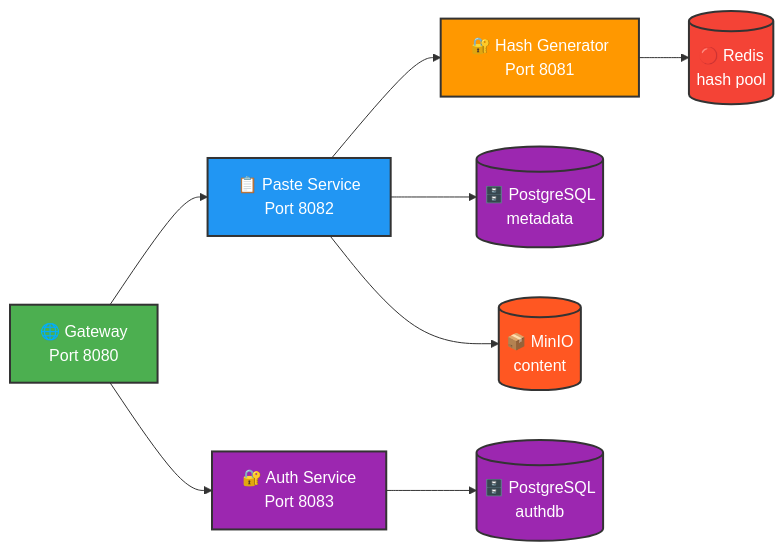
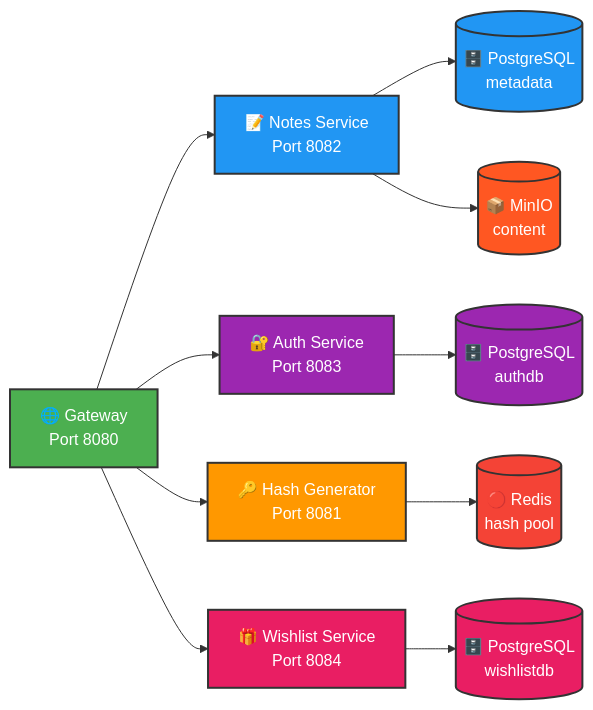
The first of 3 diagrams in README.md (EternalEffy/wishly-platform), drawn with Mermaid before and after one commit. The commit also changed other lines of this file, not shown here.

````diff
--- a/README.md
+++ b/README.md
@@ -16,19 +16,23 @@
 ```mermaid
 graph LR
-    G[🌐 Gateway<br/>Port 8080] --> PS[📋 Paste Service<br/>Port 8082]
+    G[🌐 Gateway<br/>Port 8080] --> NS[📝 Notes Service<br/>Port 8082]
     G --> AS[🔐 Auth Service<br/>Port 8083]
-    PS --> HG[🔐 Hash Generator<br/>Port 8081]
-    PS --> DB[(🗄️ PostgreSQL<br/>metadata)]
-    PS --> MO[(📦 MinIO<br/>content)]
+    G --> HS[🔑 Hash Generator<br/>Port 8081]
+    G --> WS[🎁 Wishlist Service<br/>Port 8084]
+    NS --> DB[(🗄️ PostgreSQL<br/>metadata)]
+    NS --> MO[(📦 MinIO<br/>content)]
     AS --> AUTHDB[(🗄️ PostgreSQL<br/>authdb)]
-    HG --> RD[(🔴 Redis<br/>hash pool)]
+    HS --> RD[(🔴 Redis<br/>hash pool)]
+    WS --> WDB[(🗄️ PostgreSQL<br/>wishlistdb)]
     
     style G fill:#4CAF50,stroke:#333,stroke-width:2px,color:white
-    style PS fill:#2196F3,stroke:#333,stroke-width:2px,color:white
-    style HG fill:#FF9800,stroke:#333,stroke-width:2px,color:white
+    style NS fill:#2196F3,stroke:#333,stroke-width:2px,color:white
+    style HS fill:#FF9800,stroke:#333,stroke-width:2px,color:white
     style AS fill:#9C27B0,stroke:#333,stroke-width:2px,color:white
+    style WS fill:#E91E63,stroke:#333,stroke-width:2px,color:white
     style AUTHDB fill:#9C27B0,stroke:#333,stroke-width:2px,color:white
-    style DB fill:#9C27B0,stroke:#333,stroke-width:2px,color:white
+    style DB fill:#2196F3,stroke:#333,stroke-width:2px,color:white
     style MO fill:#FF5722,stroke:#333,stroke-width:2px,color:white
     style RD fill:#F44336,stroke:#333,stroke-width:2px,color:white
+    style WDB fill:#E91E63,stroke:#333,stroke-width:2px,color:white
 ```
````
